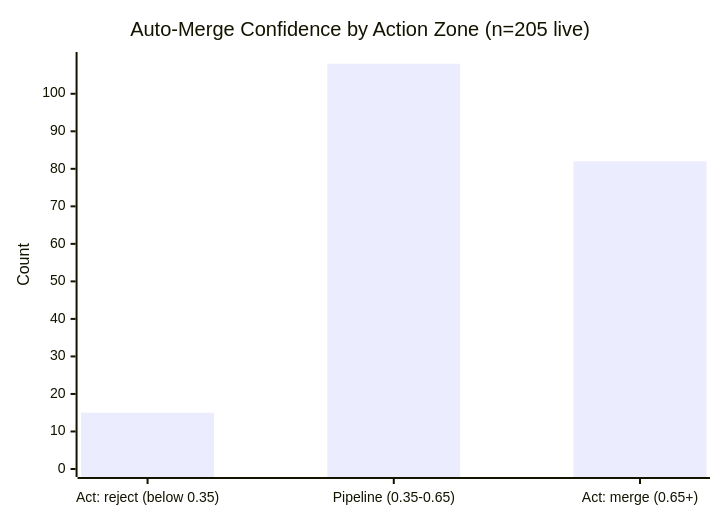
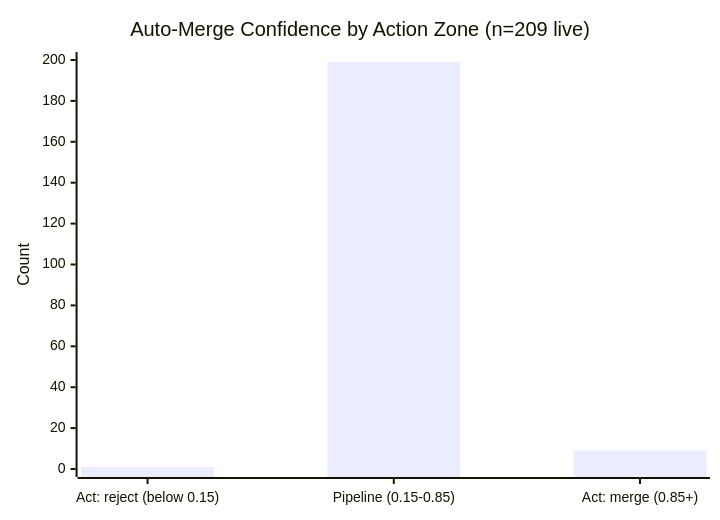
Before and after one commit to Sanctum-Origo-Systems/autoloop: the second of 6 diagrams in JEV.md, drawn with Mermaid. The commit also changed other lines of this file, not shown here.

````diff
--- a/JEV.md
+++ b/JEV.md
@@ -15,7 +17,7 @@
 ```mermaid
 xychart-beta
-    title "Auto-Merge Confidence by Action Zone (n=205 live)"
-    x-axis ["Act: reject (below 0.35)", "Pipeline (0.35-0.65)", "Act: merge (0.65+)"]
-    y-axis "Count" 0 --> 109
-    bar [15, 108, 82]
+    title "Auto-Merge Confidence by Action Zone (n=209 live)"
+    x-axis ["Act: reject (below 0.15)", "Pipeline (0.15-0.85)", "Act: merge (0.85+)"]
+    y-axis "Count" 0 --> 200
+    bar [1, 199, 9]
 ```
````
